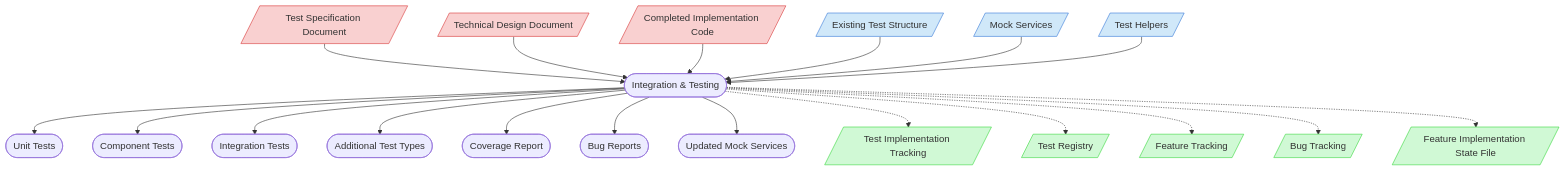
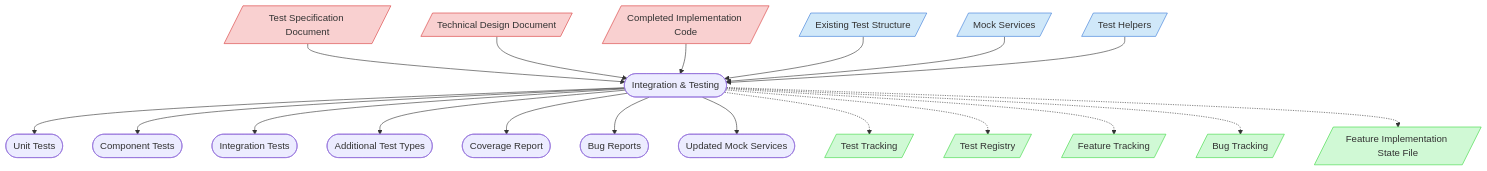
The diagram in doc/process-framework/visualization/context-maps/04-implementation/integration-and-testing-map.md (Abtomation/LinkWatcher), drawn with Mermaid before and after one commit. The commit also changed other lines of this file and 513 other files, not shown here.

````diff
--- a/doc/process-framework/visualization/context-maps/04-implementation/integration-and-testing-map.md
+++ b/doc/process-framework/visualization/context-maps/04-implementation/integration-and-testing-map.md
@@ -21,33 +21,33 @@
 ```mermaid
 graph TD
     classDef critical fill:#f9d0d0,stroke:#d83a3a
     classDef important fill:#d0e8f9,stroke:#3a7bd8
     classDef reference fill:#d0f9d5,stroke:#3ad83f
 
     TestSpec[/Test Specification Document/] --> IntTest([Integration & Testing])
     TDD[/Technical Design Document/] --> IntTest
     ImplCode[/Completed Implementation Code/] --> IntTest
 
     IntTest --> UnitTests([Unit Tests])
     IntTest --> ComponentTests([Component Tests])
     IntTest --> IntegrationTests([Integration Tests])
     IntTest --> AdditionalTests([Additional Test Types])
 
     TestStructure[/Existing Test Structure/] --> IntTest
     MockServices[/Mock Services/] --> IntTest
     TestHelpers[/Test Helpers/] --> IntTest
 
     IntTest --> CoverageReport([Coverage Report])
     IntTest --> BugReports([Bug Reports])
     IntTest --> UpdatedMocks([Updated Mock Services])
 
-    IntTest -.-> TestImplTracking[/Test Implementation Tracking/]
+    IntTest -.-> TestImplTracking[/Test Tracking/]
     IntTest -.-> TestRegistry[/Test Registry/]
     IntTest -.-> FeatureTracking[/Feature Tracking/]
     IntTest -.-> BugTracking[/Bug Tracking/]
     IntTest -.-> FeatureState[/Feature Implementation State File/]
 
     class TestSpec,TDD,ImplCode critical
     class TestStructure,MockServices,TestHelpers important
     class TestImplTracking,TestRegistry,FeatureTracking,BugTracking,FeatureState reference
 ```
````
